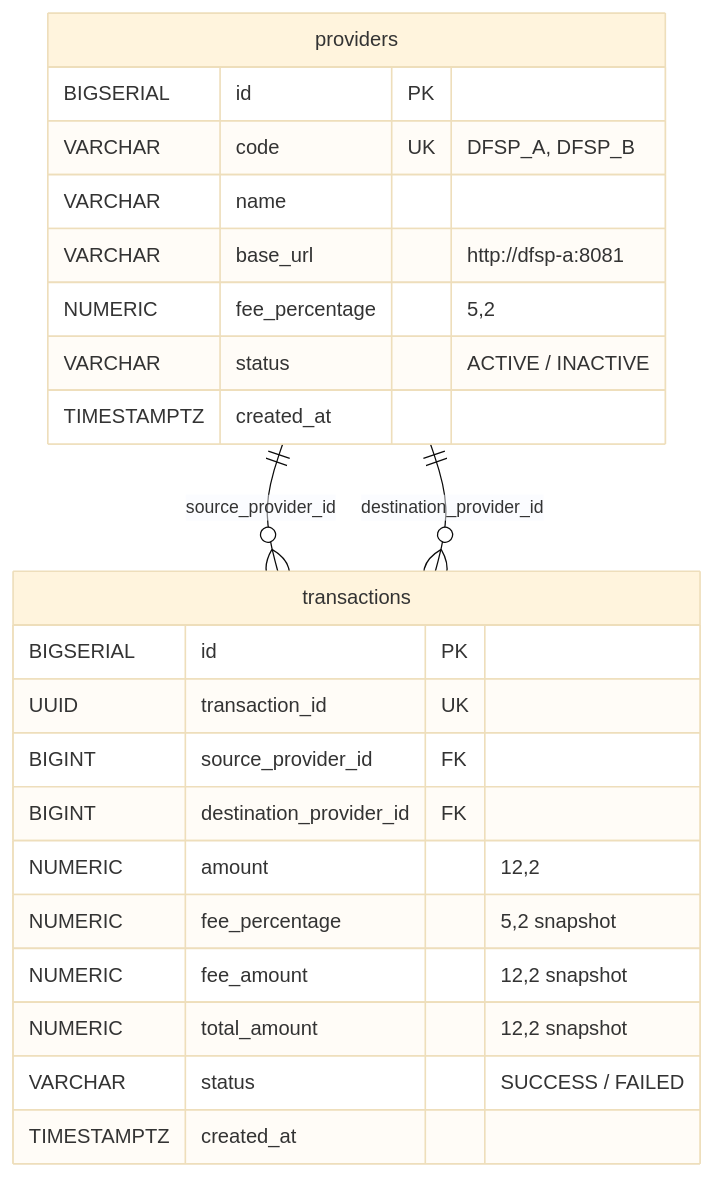
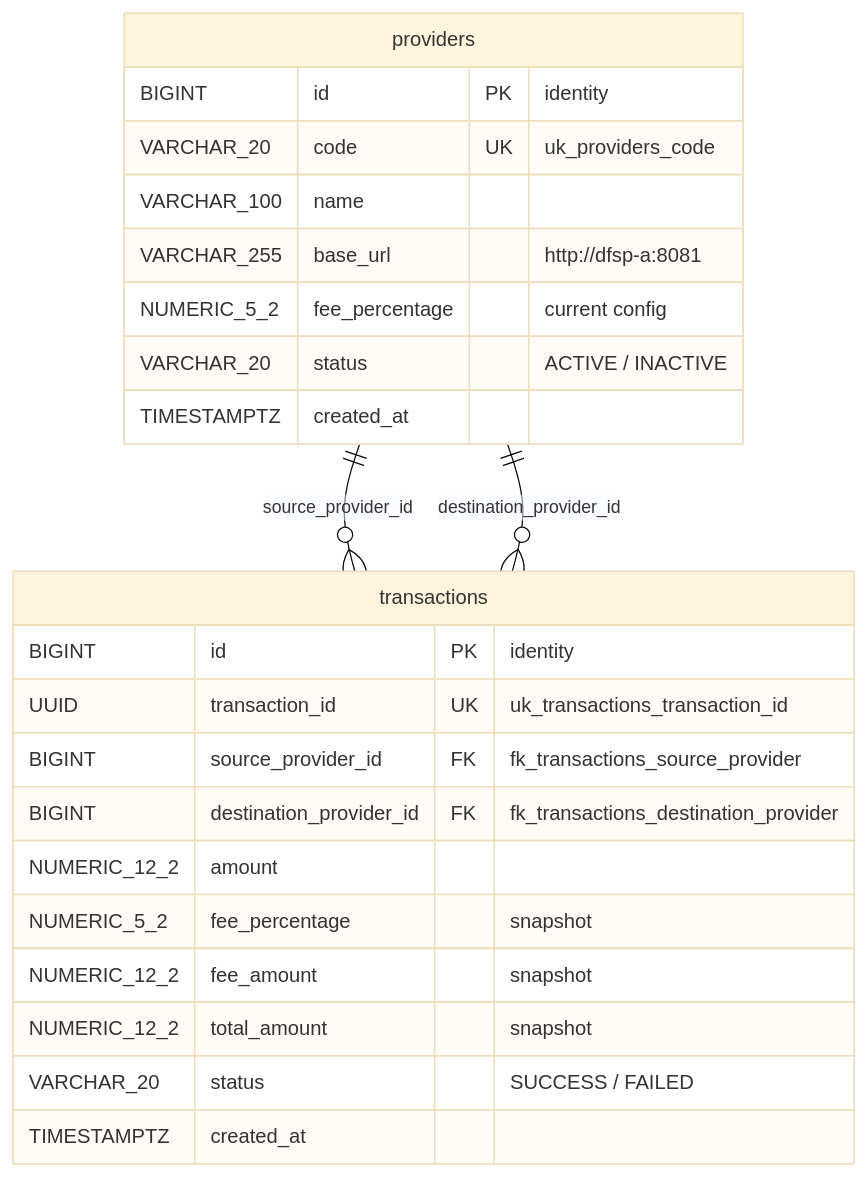
Before and after one commit to ProvaPaul/Mini-Payment-Router-Simulator: the fifth of 5 diagrams in docs/ARCHITECTURE.md, drawn with Mermaid (base theme). The commit also changed other lines of this file and 4 other files, not shown here.

Commit message:
add provider and transaction models

````diff
--- a/docs/ARCHITECTURE.md
+++ b/docs/ARCHITECTURE.md
@@ -414,27 +414,27 @@
 ```mermaid
 erDiagram
     providers ||--o{ transactions : "source_provider_id"
     providers ||--o{ transactions : "destination_provider_id"
 
     providers {
-        BIGSERIAL id PK
-        VARCHAR code UK "DFSP_A, DFSP_B"
-        VARCHAR name
-        VARCHAR base_url "http://dfsp-a:8081"
-        NUMERIC fee_percentage "5,2"
-        VARCHAR status "ACTIVE / INACTIVE"
+        BIGINT id PK "identity"
+        VARCHAR_20 code UK "uk_providers_code"
+        VARCHAR_100 name
+        VARCHAR_255 base_url "http://dfsp-a:8081"
+        NUMERIC_5_2 fee_percentage "current config"
+        VARCHAR_20 status "ACTIVE / INACTIVE"
         TIMESTAMPTZ created_at
     }
     transactions {
-        BIGSERIAL id PK
-        UUID transaction_id UK
-        BIGINT source_provider_id FK
-        BIGINT destination_provider_id FK
-        NUMERIC amount "12,2"
-        NUMERIC fee_percentage "5,2 snapshot"
-        NUMERIC fee_amount "12,2 snapshot"
-        NUMERIC total_amount "12,2 snapshot"
-        VARCHAR status "SUCCESS / FAILED"
+        BIGINT id PK "identity"
+        UUID transaction_id UK "uk_transactions_transaction_id"
+        BIGINT source_provider_id FK "fk_transactions_source_provider"
+        BIGINT destination_provider_id FK "fk_transactions_destination_provider"
+        NUMERIC_12_2 amount
+        NUMERIC_5_2 fee_percentage "snapshot"
+        NUMERIC_12_2 fee_amount "snapshot"
+        NUMERIC_12_2 total_amount "snapshot"
+        VARCHAR_20 status "SUCCESS / FAILED"
         TIMESTAMPTZ created_at
     }
 ```
````
